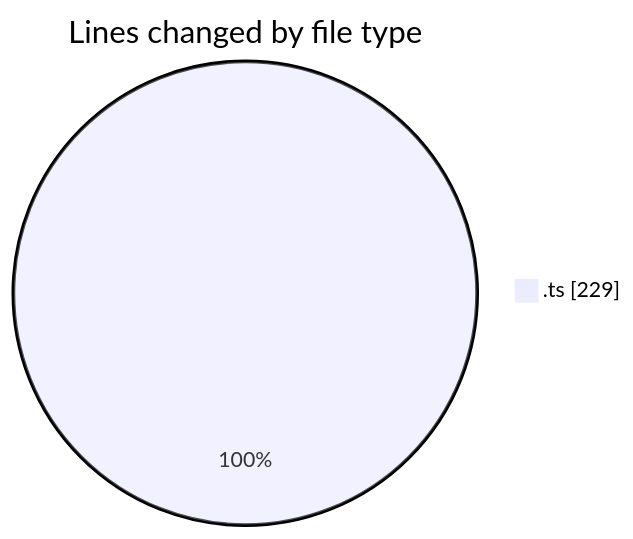
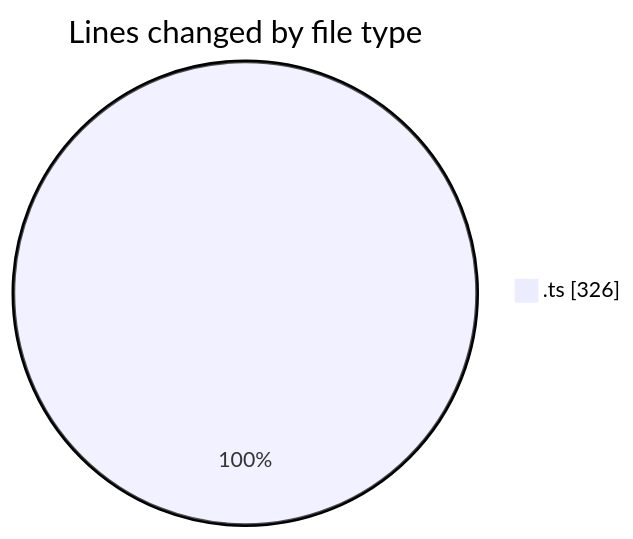
One commit to momahboobian/code-tracking changed the first of 2 diagrams in 2025-05-20/cda/README.md. Above: the diagram before and after it, drawn with Mermaid. The commit also changed other lines of this file and 1 other file, not shown here.

````diff
--- a/2025-05-20/cda/README.md
+++ b/2025-05-20/cda/README.md
@@ -20,5 +21,5 @@
 ```mermaid
 pie showData
 title Lines changed by file type
-".ts" : 229
+".ts" : 326
 ```
````
